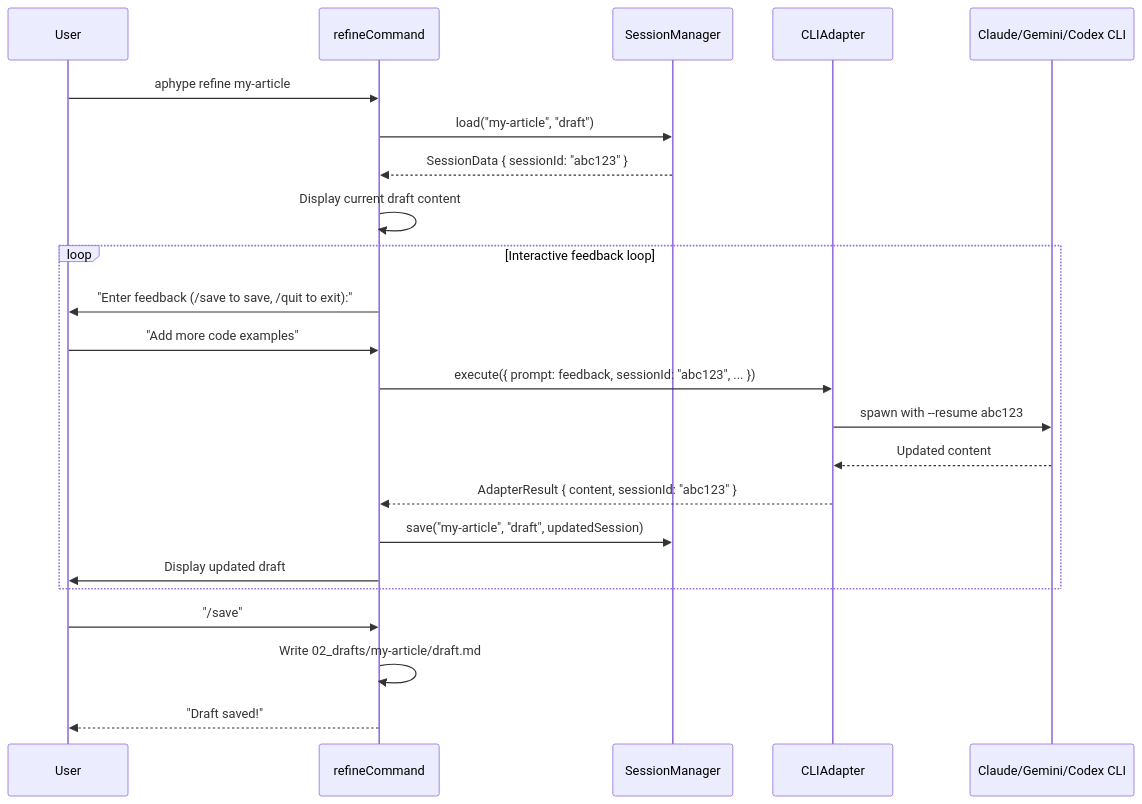
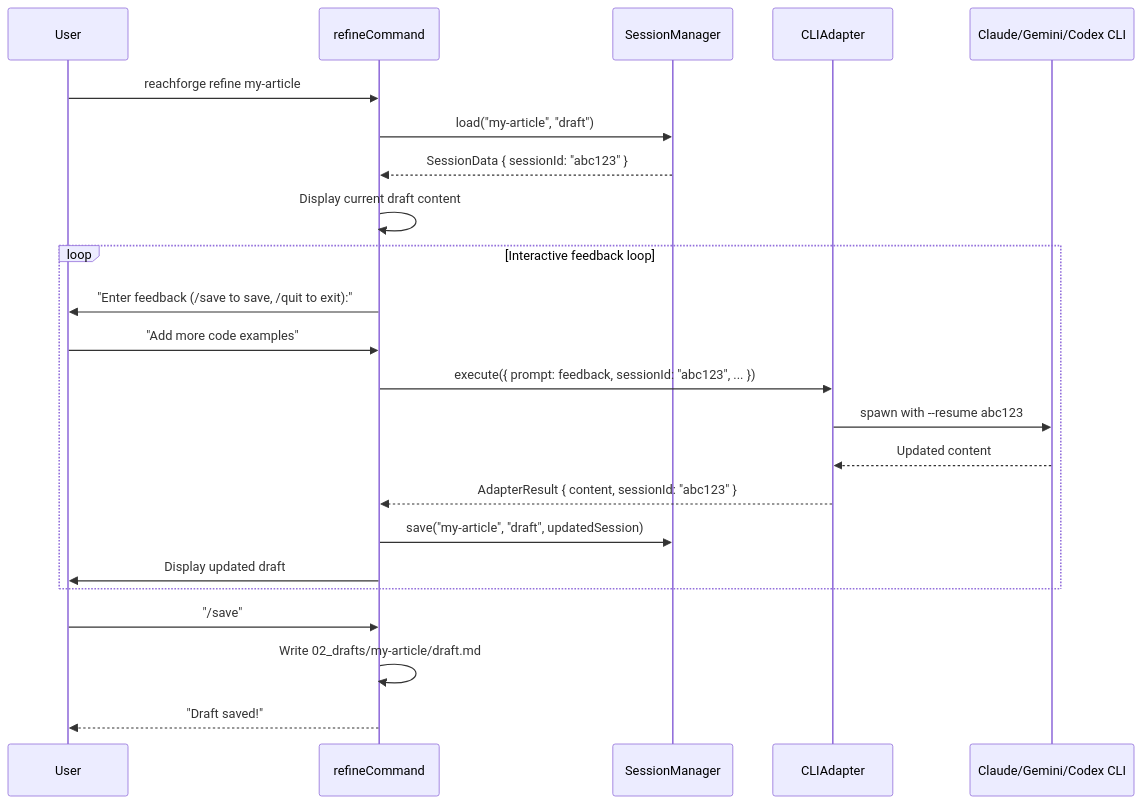
One commit to reachforge/reachforge changed the fifth of 5 diagrams in docs/llm-adapter/tech-design.md. Above: the diagram before and after it, drawn with Mermaid. The commit also changed other lines of this file and 74 other files, not shown here.

Commit message:
refactor: Rename project and related identifiers from 'aphype' to 'reachforge'.

````diff
--- a/docs/llm-adapter/tech-design.md
+++ b/docs/llm-adapter/tech-design.md
@@ -826,28 +826,28 @@
 ```mermaid
 sequenceDiagram
     participant User
     participant RefineCmd as refineCommand
     participant Session as SessionManager
     participant Adapter as CLIAdapter
     participant CLI as Claude/Gemini/Codex CLI
 
-    User->>RefineCmd: aphype refine my-article
+    User->>RefineCmd: reachforge refine my-article
     RefineCmd->>Session: load("my-article", "draft")
     Session-->>RefineCmd: SessionData { sessionId: "abc123" }
     RefineCmd->>RefineCmd: Display current draft content
 
     loop Interactive feedback loop
         RefineCmd->>User: "Enter feedback (/save to save, /quit to exit):"
         User->>RefineCmd: "Add more code examples"
         RefineCmd->>Adapter: execute({ prompt: feedback, sessionId: "abc123", ... })
         Adapter->>CLI: spawn with --resume abc123
         CLI-->>Adapter: Updated content
         Adapter-->>RefineCmd: AdapterResult { content, sessionId: "abc123" }
         RefineCmd->>Session: save("my-article", "draft", updatedSession)
         RefineCmd->>User: Display updated draft
     end
 
     User->>RefineCmd: "/save"
     RefineCmd->>RefineCmd: Write 02_drafts/my-article/draft.md
     RefineCmd-->>User: "Draft saved!"
 ```
````
